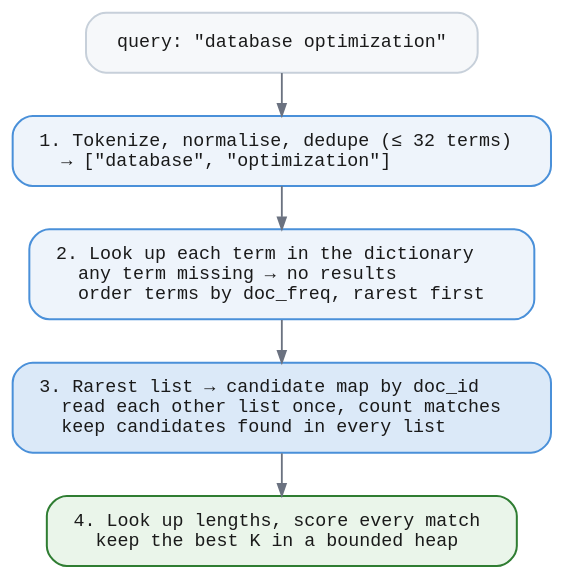
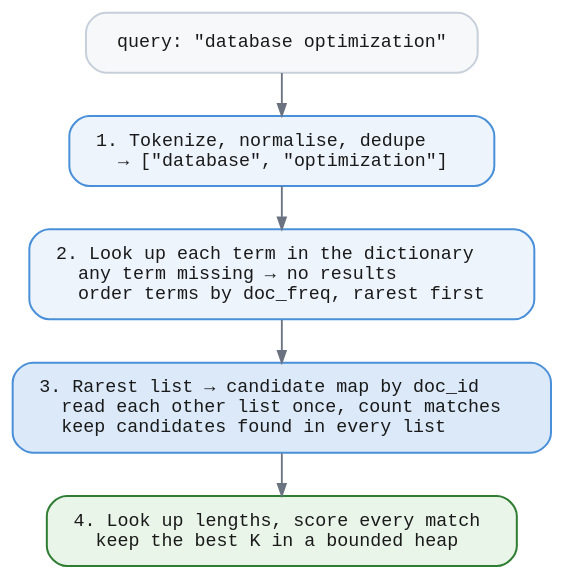
One commit to jeffhajewski/latticedb changed the diagram in book/diagrams/fts-search-and.dot. Above: the diagram before and after it, drawn with Graphviz. The commit also changed 3 other files, not shown here.

```diff
--- a/book/diagrams/fts-search-and.dot
+++ b/book/diagrams/fts-search-and.dot
@@ -1,21 +1,21 @@
 // Multi-term AND: candidates from the rarest term, every other list read
 // through once and matched by doc_id, so storage order does not matter.
 digraph fts_search_and {
   bgcolor="transparent"
   rankdir=TB
   nodesep=0.3
   ranksep=0.36
   fontname="Helvetica,Arial,sans-serif"
   node [shape=box style="filled,rounded" fillcolor="#eef4fb" color="#4a90d9"
         penwidth=1.2 fontname="Menlo,Consolas,monospace" fontsize=11
         fontcolor="#1a1a1a" margin="0.22,0.13"]
   edge [color="#6b7280" penwidth=1.1 arrowsize=0.7]
 
   q [label="query: \"database optimization\"" fillcolor="#f6f8fa" color="#c7d0da"]
-  s1 [label="1. Tokenize, normalise, dedupe (≤ 32 terms)\l   → [\"database\", \"optimization\"]\l"]
+  s1 [label="1. Tokenize, normalise, dedupe\l   → [\"database\", \"optimization\"]\l"]
   s2 [label="2. Look up each term in the dictionary\l   any term missing → no results\l   order terms by doc_freq, rarest first\l"]
   s3 [label="3. Rarest list → candidate map by doc_id\l   read each other list once, count matches\l   keep candidates found in every list\l" fillcolor="#dbe9f8"]
   s4 [label="4. Look up lengths, score every match\l   keep the best K in a bounded heap\l" fillcolor="#eaf5ea" color="#2f7d32"]
 
   q -> s1 -> s2 -> s3 -> s4
 }
```
